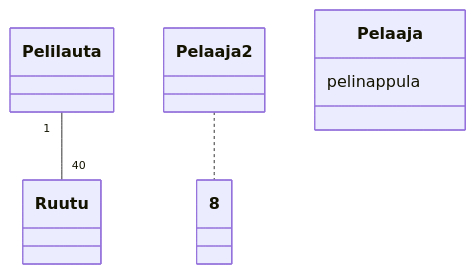
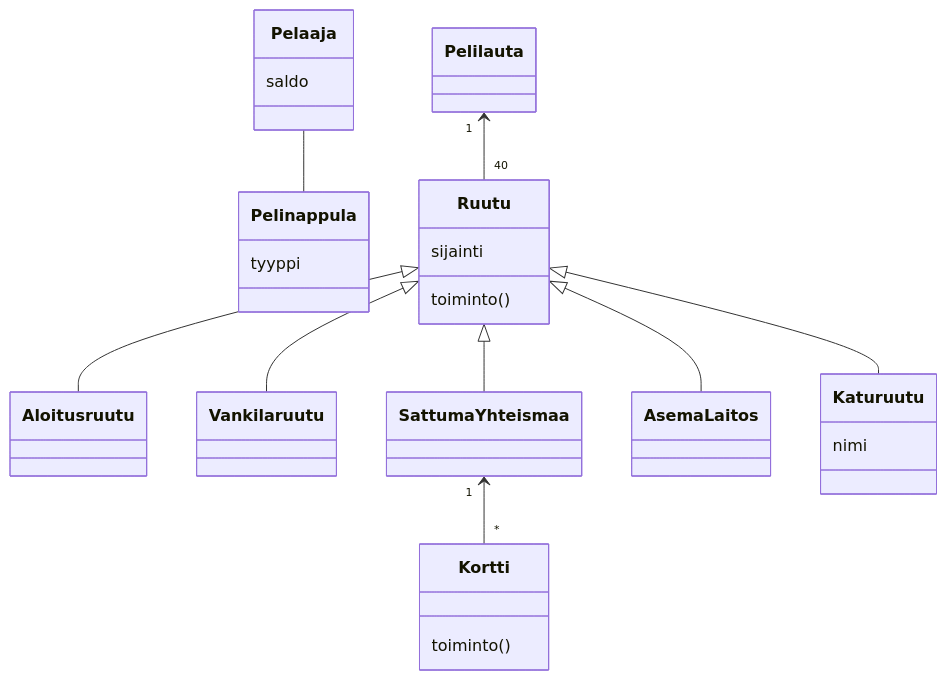
Before and after one commit to jobatabs/ot-harjoitustyo: the diagram in laskarit/viikko3/monopoli.md, drawn with Mermaid.

````diff
--- a/laskarit/viikko3/monopoli.md
+++ b/laskarit/viikko3/monopoli.md
@@ -1,9 +1,27 @@
 ```mermaid
 classDiagram
-	Pelilauta "1" -- "40" Ruutu
-	Noppa 2
-	Pelaaja 2..8
+	Pelaaja -- Pelinappula
 	class Pelaaja{
-		pelinappula
+		saldo
+	}
+	class Pelinappula{
+		tyyppi
+	}
+	Pelilauta "1" <-- "40" Ruutu
+	class Ruutu{
+		sijainti
+		toiminto()
+	}
+	Ruutu <|-- Aloitusruutu
+	Ruutu <|-- Vankilaruutu
+	Ruutu <|-- SattumaYhteismaa
+	SattumaYhteismaa "1" <-- "*" Kortti
+	class Kortti{
+		toiminto()
+	}
+	Ruutu <|-- AsemaLaitos
+	Ruutu <|-- Katuruutu
+	class Katuruutu{
+		nimi
 	}
 ```
````
